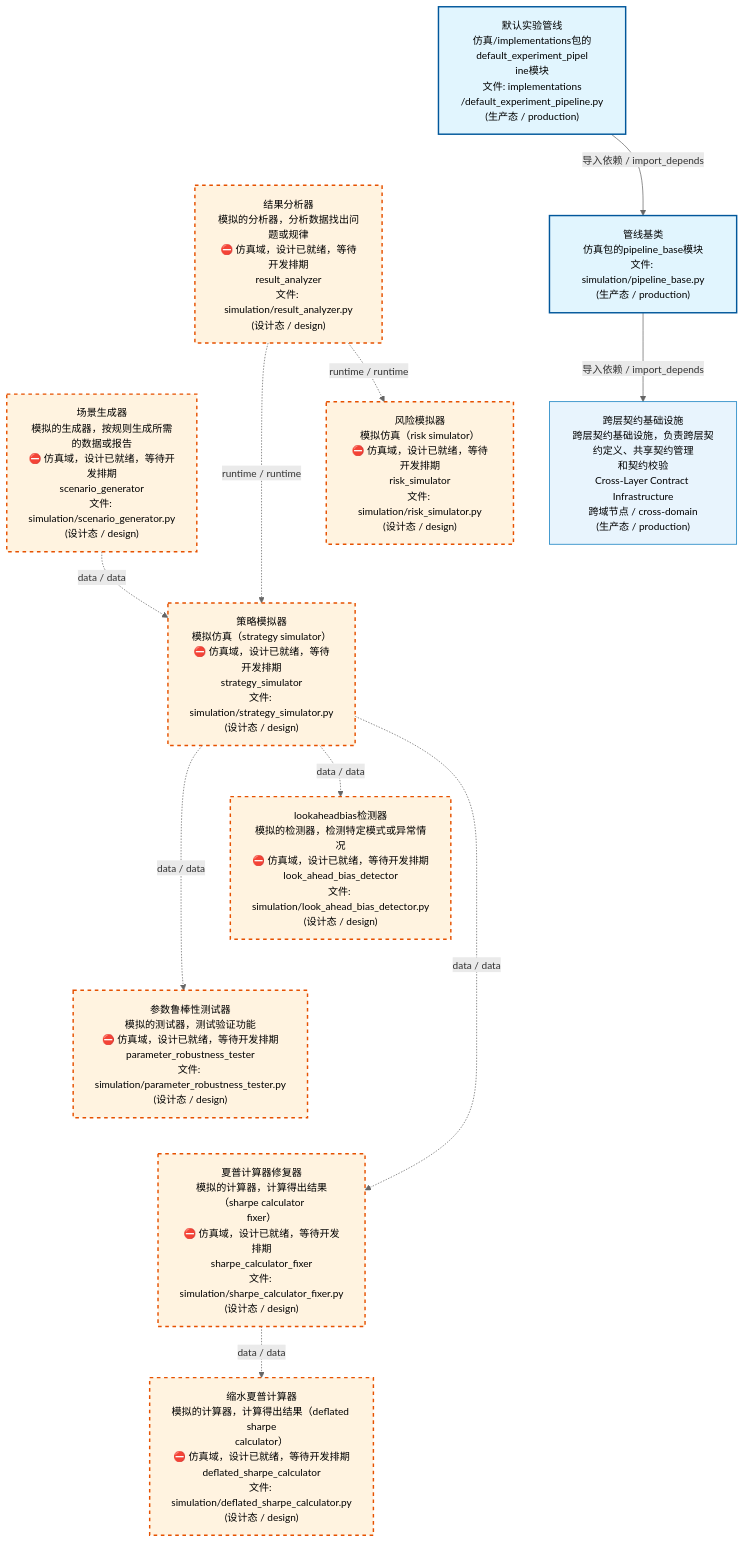
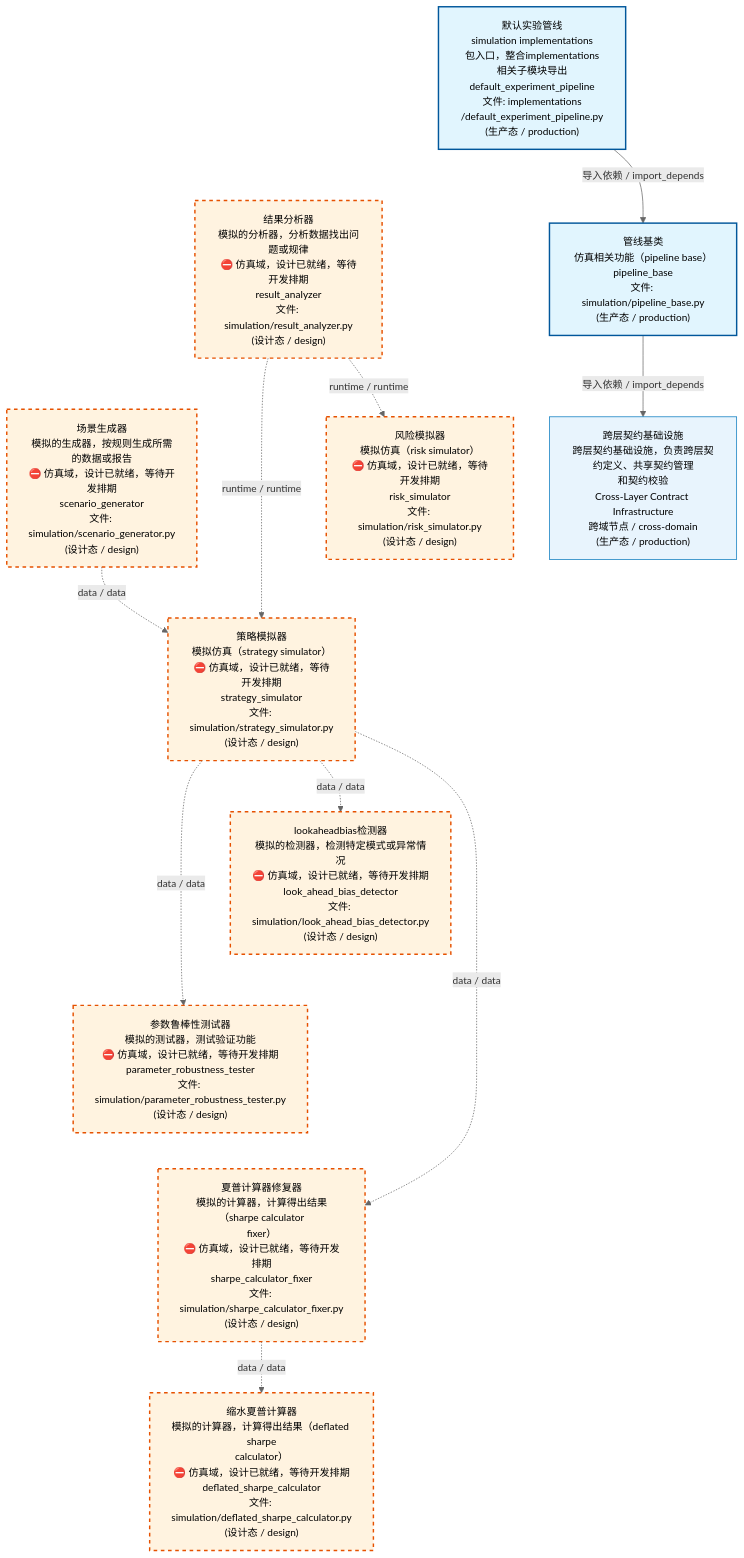
The first of 4 diagrams in docs/02_enterprise_architecture/02_domain_architecture_docs/70_d_simulation.md (xuanFelixVan/ZephyrAlpha), drawn with Mermaid before and after one commit. The commit also changed other lines of this file and 50 other files, not shown here.

````diff
--- a/docs/02_enterprise_architecture/02_domain_architecture_docs/70_d_simulation.md
+++ b/docs/02_enterprise_architecture/02_domain_architecture_docs/70_d_simulation.md
@@ -53,37 +53,37 @@
 ```mermaid
 %%{init: {'theme': 'base', 'themeVariables': {'primaryColor': '#eaeaea', 'primaryTextColor': '#333333', 'primaryBorderColor': '#666666', 'lineColor': '#666666', 'secondaryColor': '#eaeaea', 'tertiaryColor': '#eaeaea', 'fontSize': '14px'}}}%%
 flowchart TD
-    src_zephyr_simulation_implementations_default_experiment_pipeline_py["默认实验管线<br/>仿真/implementations包的default_experiment_pipel<br/>ine模块<br/>文件: implementations<br/>/default_experiment_pipeline.py<br/>(生产态 / production)"]
+    src_zephyr_simulation_implementations_default_experiment_pipeline_py["默认实验管线<br/>simulation implementations<br/>包入口，整合implementations相关子模块导出<br/>default_experiment_pipeline<br/>文件: implementations<br/>/default_experiment_pipeline.py<br/>(生产态 / production)"]
     src_zephyr_simulation_result_analyzer_py["结果分析器<br/>模拟的分析器，分析数据找出问题或规律<br/>⛔ 仿真域，设计已就绪，等待开发排期<br/>result_analyzer<br/>文件: simulation/result_analyzer.py<br/>(设计态 / design)"]
     src_zephyr_simulation_scenario_generator_py["场景生成器<br/>模拟的生成器，按规则生成所需的数据或报告<br/>⛔ 仿真域，设计已就绪，等待开发排期<br/>scenario_generator<br/>文件: simulation/scenario_generator.py<br/>(设计态 / design)"]
     src_zephyr_simulation_implementations_default_experiment_pipeline_py ~~~ src_zephyr_simulation_result_analyzer_py
     src_zephyr_simulation_result_analyzer_py ~~~ src_zephyr_simulation_scenario_generator_py
-    src_zephyr_simulation_pipeline_base_py["管线基类<br/>仿真包的pipeline_base模块<br/>文件: simulation/pipeline_base.py<br/>(生产态 / production)"]
+    src_zephyr_simulation_pipeline_base_py["管线基类<br/>仿真相关功能（pipeline base）<br/>pipeline_base<br/>文件: simulation/pipeline_base.py<br/>(生产态 / production)"]
     src_zephyr_simulation_risk_simulator_py["风险模拟器<br/>模拟仿真（risk simulator）<br/>⛔ 仿真域，设计已就绪，等待开发排期<br/>risk_simulator<br/>文件: simulation/risk_simulator.py<br/>(设计态 / design)"]
     src_zephyr_simulation_strategy_simulator_py["策略模拟器<br/>模拟仿真（strategy simulator）<br/>⛔ 仿真域，设计已就绪，等待开发排期<br/>strategy_simulator<br/>文件: simulation/strategy_simulator.py<br/>(设计态 / design)"]
     src_zephyr_simulation_pipeline_base_py ~~~ src_zephyr_simulation_risk_simulator_py
     src_zephyr_simulation_risk_simulator_py ~~~ src_zephyr_simulation_strategy_simulator_py
     src_zephyr_simulation_look_ahead_bias_detector_py["lookaheadbias检测器<br/>模拟的检测器，检测特定模式或异常情况<br/>⛔ 仿真域，设计已就绪，等待开发排期<br/>look_ahead_bias_detector<br/>文件: simulation/look_ahead_bias_detector.py<br/>(设计态 / design)"]
     src_zephyr_simulation_parameter_robustness_tester_py["参数鲁棒性测试器<br/>模拟的测试器，测试验证功能<br/>⛔ 仿真域，设计已就绪，等待开发排期<br/>parameter_robustness_tester<br/>文件: simulation/parameter_robustness_tester.py<br/>(设计态 / design)"]
     src_zephyr_simulation_sharpe_calculator_fixer_py["夏普计算器修复器<br/>模拟的计算器，计算得出结果（sharpe calculator<br/>fixer）<br/>⛔ 仿真域，设计已就绪，等待开发排期<br/>sharpe_calculator_fixer<br/>文件: simulation/sharpe_calculator_fixer.py<br/>(设计态 / design)"]
     src_zephyr_simulation_look_ahead_bias_detector_py ~~~ src_zephyr_simulation_parameter_robustness_tester_py
     src_zephyr_simulation_parameter_robustness_tester_py ~~~ src_zephyr_simulation_sharpe_calculator_fixer_py
     src_zephyr_simulation_deflated_sharpe_calculator_py["缩水夏普计算器<br/>模拟的计算器，计算得出结果（deflated sharpe<br/>calculator）<br/>⛔ 仿真域，设计已就绪，等待开发排期<br/>deflated_sharpe_calculator<br/>文件: simulation/deflated_sharpe_calculator.py<br/>(设计态 / design)"]
     src_zephyr_simulation_strategy_simulator_py -.->|data / data| src_zephyr_simulation_parameter_robustness_tester_py
     src_zephyr_simulation_strategy_simulator_py -.->|data / data| src_zephyr_simulation_look_ahead_bias_detector_py
     src_zephyr_simulation_strategy_simulator_py -.->|data / data| src_zephyr_simulation_sharpe_calculator_fixer_py
     src_zephyr_simulation_scenario_generator_py -.->|data / data| src_zephyr_simulation_strategy_simulator_py
     src_zephyr_simulation_result_analyzer_py -.->|runtime / runtime| src_zephyr_simulation_strategy_simulator_py
     src_zephyr_simulation_result_analyzer_py -.->|runtime / runtime| src_zephyr_simulation_risk_simulator_py
     src_zephyr_simulation_sharpe_calculator_fixer_py -.->|data / data| src_zephyr_simulation_deflated_sharpe_calculator_py
     src_zephyr_simulation_implementations_default_experiment_pipeline_py -->|导入依赖 / import_depends| src_zephyr_simulation_pipeline_base_py
     D_INFRASTRUCTURE["跨层契约基础设施<br/>跨层契约基础设施，负责跨层契约定义、共享契约管理<br/>和契约校验<br/>Cross-Layer Contract Infrastructure<br/>跨域节点 / cross-domain<br/>(生产态 / production)"]
     src_zephyr_simulation_pipeline_base_py -->|导入依赖 / import_depends| D_INFRASTRUCTURE
     classDef production fill:#e1f5fe,stroke:#01579b,stroke-width:2px,color:#000
     classDef design fill:#fff3e0,stroke:#e65100,stroke-width:2px,color:#000,stroke-dasharray: 5 5
     classDef external_prod fill:#e8f4fd,stroke:#0277bd,stroke-width:1px,color:#000
     classDef external_design fill:#fff8e7,stroke:#ef6c00,stroke-width:1px,color:#000,stroke-dasharray: 5 5
     class src_zephyr_simulation_implementations_default_experiment_pipeline_py,src_zephyr_simulation_pipeline_base_py production
     class src_zephyr_simulation_deflated_sharpe_calculator_py,src_zephyr_simulation_look_ahead_bias_detector_py,src_zephyr_simulation_parameter_robustness_tester_py,src_zephyr_simulation_result_analyzer_py,src_zephyr_simulation_risk_simulator_py,src_zephyr_simulation_scenario_generator_py,src_zephyr_simulation_sharpe_calculator_fixer_py,src_zephyr_simulation_strategy_simulator_py design
     class D_INFRASTRUCTURE external_prod
 ```
````
